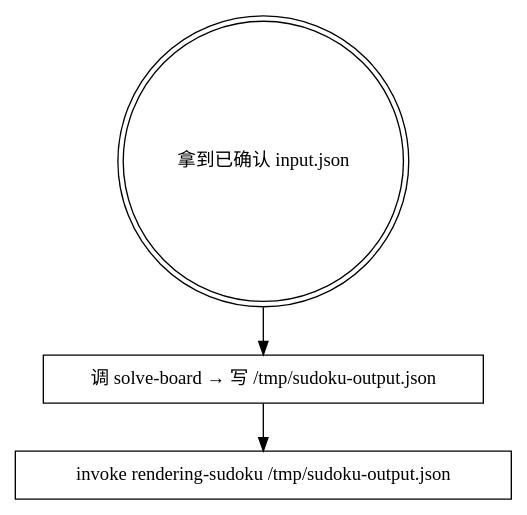
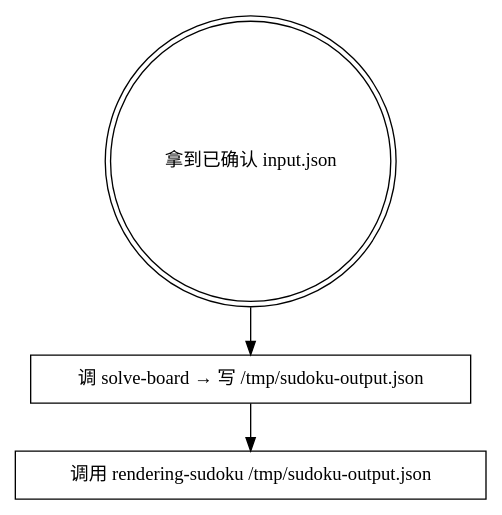
The diagram in packages/sudoku/skills/solving-sudoku/SKILL.md (HakurouKen/puzzle-solver), drawn with Graphviz before and after one commit. The commit also changed other lines of this file and 41 other files, not shown here.

````diff
--- a/packages/sudoku/skills/solving-sudoku/SKILL.md
+++ b/packages/sudoku/skills/solving-sudoku/SKILL.md
@@ -12,9 +12,9 @@
 ```dot
 digraph flow {
     "拿到已确认 input.json" [shape=doublecircle];
     "调 solve-board → 写 /tmp/sudoku-output.json" [shape=box];
-    "invoke rendering-sudoku /tmp/sudoku-output.json" [shape=box];
+    "调用 rendering-sudoku /tmp/sudoku-output.json" [shape=box];
     "拿到已确认 input.json" -> "调 solve-board → 写 /tmp/sudoku-output.json"
-        -> "invoke rendering-sudoku /tmp/sudoku-output.json";
+        -> "调用 rendering-sudoku /tmp/sudoku-output.json";
 }
 ```
````
